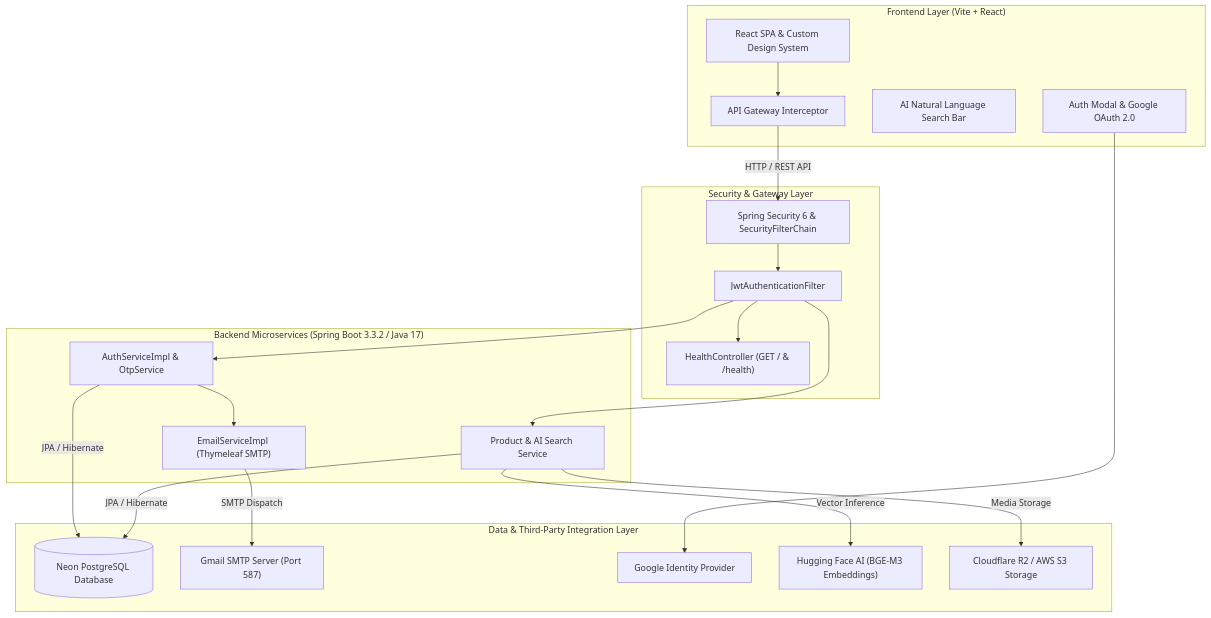
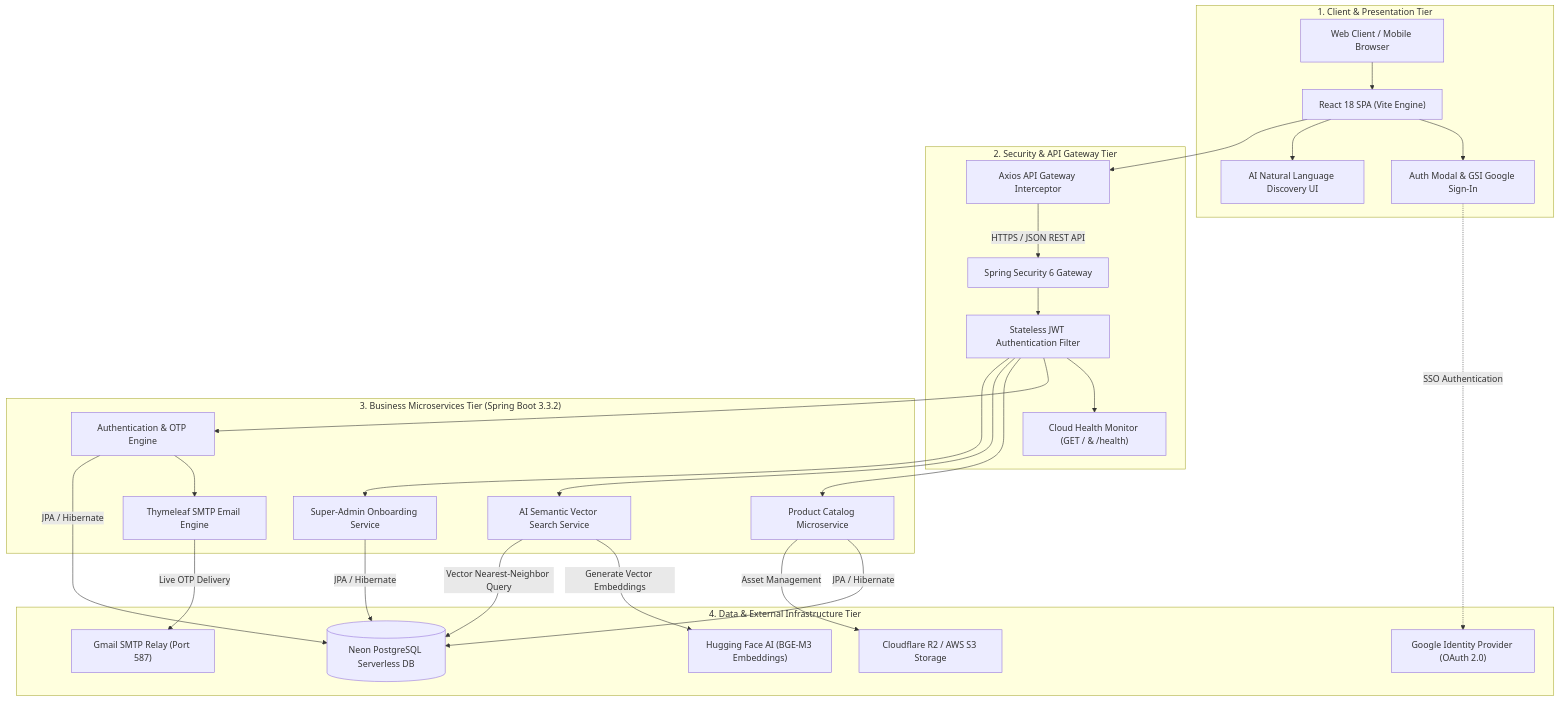
The first of 2 diagrams in README.md (yazeed-aljihane/LUXZERA), drawn with Mermaid before and after one commit. The commit also changed other lines of this file, not shown here.

Commit message:
docs: update README with 4-tier High-Level Architecture (HLD) Mermaid diagram

````diff
--- a/README.md
+++ b/README.md
@@ -13,44 +13,63 @@
 ```mermaid
-flowchart TD
-    subgraph Client ["Frontend Layer (Vite + React)"]
-        UI["React SPA & Custom Design System"]
-        AuthModal["Auth Modal & Google OAuth 2.0"]
-        SearchUI["AI Natural Language Search Bar"]
-        Gateway["API Gateway Interceptor"]
+graph TD
+    %% ── TIER 1: CLIENT TIER ──
+    subgraph TIER1 ["1. Client & Presentation Tier"]
+        Client["Web Client / Mobile Browser"]
+        ReactApp["React 18 SPA (Vite Engine)"]
+        AuthUI["Auth Modal & GSI Google Sign-In"]
+        SearchUI["AI Natural Language Discovery UI"]
     end
 
-    subgraph Security ["Security & Gateway Layer"]
-        SecurityConfig["Spring Security 6 & SecurityFilterChain"]
-        JWTFilter["JwtAuthenticationFilter"]
-        HealthCtrl["HealthController (GET / & /health)"]
+    %% ── TIER 2: API & SECURITY GATEWAY ──
+    subgraph TIER2 ["2. Security & API Gateway Tier"]
+        Gateway["Axios API Gateway Interceptor"]
+        SecurityGate["Spring Security 6 Gateway"]
+        JWTFilter["Stateless JWT Authentication Filter"]
+        HealthProbe["Cloud Health Monitor (GET / & /health)"]
     end
 
-    subgraph Backend ["Backend Microservices (Spring Boot 3.3.2 / Java 17)"]
-        AuthService["AuthServiceImpl & OtpService"]
-        EmailService["EmailServiceImpl (Thymeleaf SMTP)"]
-        ProductService["Product & AI Search Service"]
+    %% ── TIER 3: BUSINESS & MICROSERVICES TIER ──
+    subgraph TIER3 ["3. Business Microservices Tier (Spring Boot 3.3.2)"]
+        AuthEngine["Authentication & OTP Engine"]
+        MailEngine["Thymeleaf SMTP Email Engine"]
+        ProductEngine["Product Catalog Microservice"]
+        AISearchEngine["AI Semantic Vector Search Service"]
+        AdminEngine["Super-Admin Onboarding Service"]
     end
 
-    subgraph External ["Data & Third-Party Integration Layer"]
-        Postgres[(Neon PostgreSQL Database)]
-        GmailSMTP["Gmail SMTP Server (Port 587)"]
-        GoogleOAuth["Google Identity Provider"]
-        HuggingFace["Hugging Face AI (BGE-M3 Embeddings)"]
+    %% ── TIER 4: DATA & INFRASTRUCTURE TIER ──
+    subgraph TIER4 ["4. Data & External Infrastructure Tier"]
+        PostgresDB[(Neon PostgreSQL Serverless DB)]
+        GoogleAuth["Google Identity Provider (OAuth 2.0)"]
+        GmailSMTP["Gmail SMTP Relay (Port 587)"]
+        HuggingFaceAI["Hugging Face AI (BGE-M3 Embeddings)"]
         CloudStorage["Cloudflare R2 / AWS S3 Storage"]
     end
 
-    UI --> Gateway
-    AuthModal --> GoogleOAuth
-    Gateway -->|HTTP / REST API| SecurityConfig
-    SecurityConfig --> JWTFilter
-    JWTFilter --> HealthCtrl
-    JWTFilter --> AuthService
-    JWTFilter --> ProductService
+    %% ── TIER CONNECTIONS ──
+    Client --> ReactApp
+    ReactApp --> AuthUI
+    ReactApp --> SearchUI
+    AuthUI -.->|SSO Authentication| GoogleAuth
 
-    AuthService --> EmailService
-    EmailService -->|SMTP Dispatch| GmailSMTP
-    AuthService -->|JPA / Hibernate| Postgres
-    ProductService -->|JPA / Hibernate| Postgres
-    ProductService -->|Vector Inference| HuggingFace
-    ProductService -->|Media Storage| CloudStorage
+    ReactApp --> Gateway
+    Gateway -->|HTTPS / JSON REST API| SecurityGate
+    SecurityGate --> JWTFilter
+    JWTFilter --> HealthProbe
+
+    JWTFilter --> AuthEngine
+    JWTFilter --> ProductEngine
+    JWTFilter --> AISearchEngine
+    JWTFilter --> AdminEngine
+
+    AuthEngine --> MailEngine
+    MailEngine -->|Live OTP Delivery| GmailSMTP
+
+    AuthEngine -->|JPA / Hibernate| PostgresDB
+    ProductEngine -->|JPA / Hibernate| PostgresDB
+    AdminEngine -->|JPA / Hibernate| PostgresDB
+
+    AISearchEngine -->|Generate Vector Embeddings| HuggingFaceAI
+    AISearchEngine -->|Vector Nearest-Neighbor Query| PostgresDB
+    ProductEngine -->|Asset Management| CloudStorage
 ```
````
